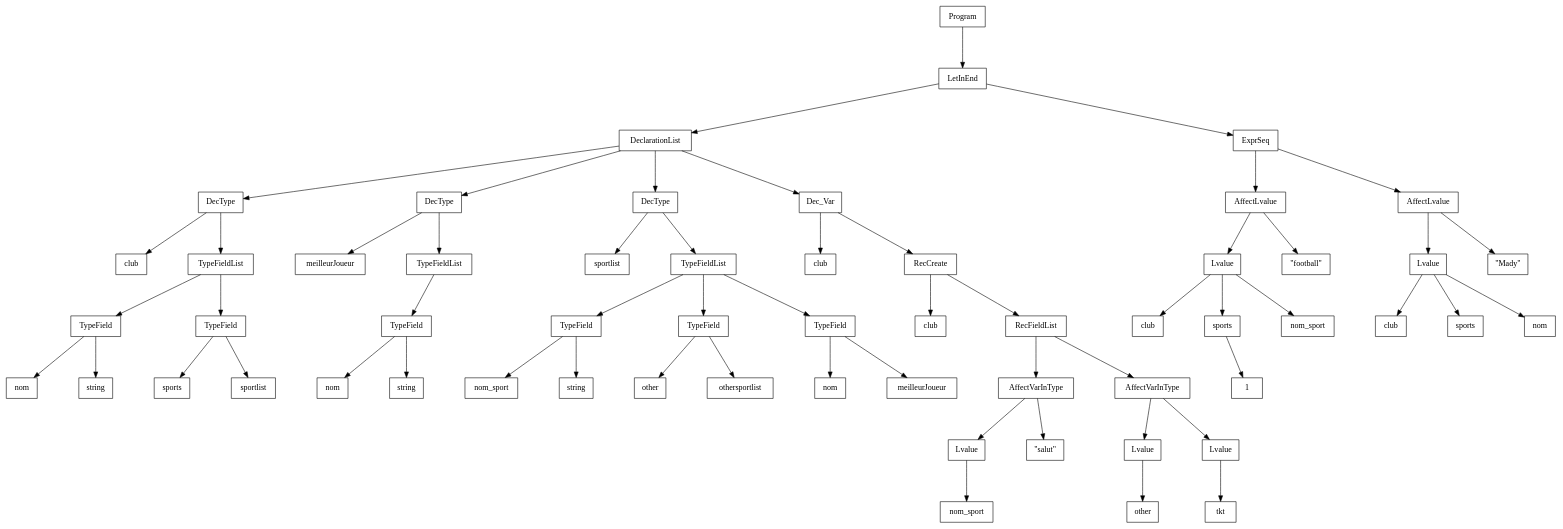
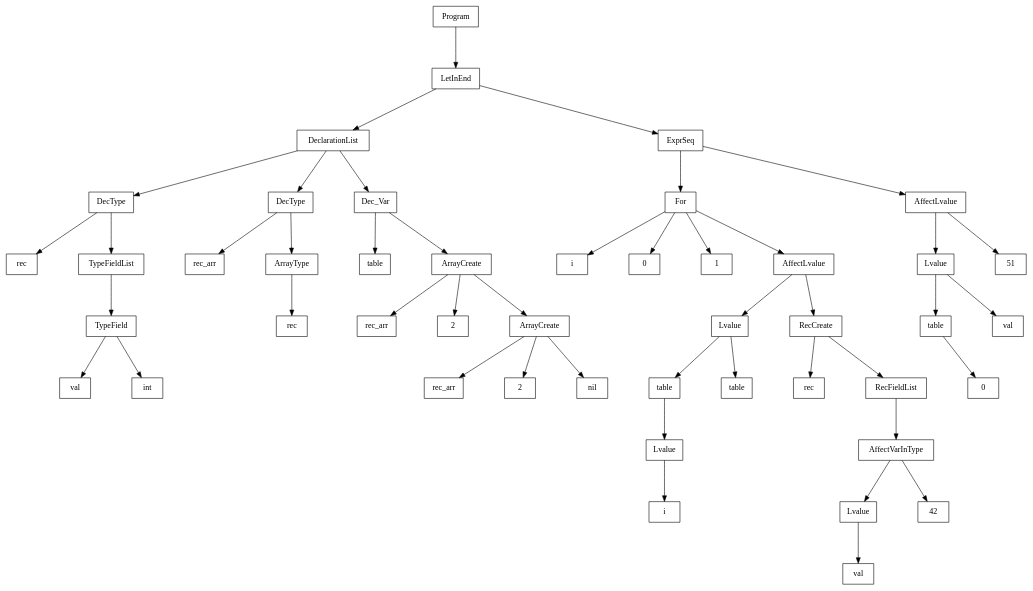
Before and after one commit to smarsou/compiler-syntax-semantic-analysis: the diagram in out/tree.dot, drawn with Graphviz. The commit also changed 3 other files, not shown here.

```diff
--- a/out/tree.dot
+++ b/out/tree.dot
@@ -1,122 +1,98 @@
 digraph "ast"{
 
 	nodesep=1;
 	ranksep=1;
 
 	N0 [label="Program", shape="box"];
 	N1 [label="LetInEnd", shape="box"];
 	N2 [label="DeclarationList", shape="box"];
 	N3 [label="DecType", shape="box"];
-	N4 [label="club", shape="box"];
+	N4 [label="rec", shape="box"];
 	N5 [label="TypeFieldList", shape="box"];
 	N6 [label="TypeField", shape="box"];
-	N7 [label="nom", shape="box"];
-	N8 [label="string", shape="box"];
-	N9 [label="TypeField", shape="box"];
-	N10 [label="sports", shape="box"];
-	N11 [label="sportlist", shape="box"];
-	N12 [label="DecType", shape="box"];
-	N13 [label="meilleurJoueur", shape="box"];
-	N14 [label="TypeFieldList", shape="box"];
-	N15 [label="TypeField", shape="box"];
-	N16 [label="nom", shape="box"];
-	N17 [label="string", shape="box"];
-	N18 [label="DecType", shape="box"];
-	N19 [label="sportlist", shape="box"];
-	N20 [label="TypeFieldList", shape="box"];
-	N21 [label="TypeField", shape="box"];
-	N22 [label="nom_sport", shape="box"];
-	N23 [label="string", shape="box"];
-	N24 [label="TypeField", shape="box"];
-	N25 [label="other", shape="box"];
-	N26 [label="othersportlist", shape="box"];
-	N27 [label="TypeField", shape="box"];
-	N28 [label="nom", shape="box"];
-	N29 [label="meilleurJoueur", shape="box"];
-	N30 [label="Dec_Var", shape="box"];
-	N31 [label="club", shape="box"];
-	N32 [label="RecCreate", shape="box"];
-	N33 [label="club", shape="box"];
-	N34 [label="RecFieldList", shape="box"];
-	N36 [label="Lvalue", shape="box"];
-	N37 [label="nom_sport", shape="box"];
-	N38 [label="\"salut\"", shape="box"];
-	N35 [label="AffectVarInType", shape="box"];
-	N40 [label="Lvalue", shape="box"];
-	N41 [label="other", shape="box"];
-	N42 [label="Lvalue", shape="box"];
-	N43 [label="tkt", shape="box"];
-	N39 [label="AffectVarInType", shape="box"];
-	N44 [label="ExprSeq", shape="box"];
-	N45 [label="AffectLvalue", shape="box"];
-	N46 [label="Lvalue", shape="box"];
-	N47 [label="club", shape="box"];
-	N48 [label="sports", shape="box"];
-	N49 [label="1", shape="box"];
-	N50 [label="nom_sport", shape="box"];
-	N51 [label="\"football\"", shape="box"];
-	N52 [label="AffectLvalue", shape="box"];
-	N53 [label="Lvalue", shape="box"];
-	N54 [label="club", shape="box"];
-	N55 [label="sports", shape="box"];
-	N56 [label="nom", shape="box"];
-	N57 [label="\"Mady\"", shape="box"];
+	N7 [label="val", shape="box"];
+	N8 [label="int", shape="box"];
+	N9 [label="DecType", shape="box"];
+	N10 [label="rec_arr", shape="box"];
+	N11 [label="ArrayType", shape="box"];
+	N12 [label="rec", shape="box"];
+	N13 [label="Dec_Var", shape="box"];
+	N14 [label="table", shape="box"];
+	N15 [label="ArrayCreate", shape="box"];
+	N16 [label="rec_arr", shape="box"];
+	N17 [label="2", shape="box"];
+	N18 [label="ArrayCreate", shape="box"];
+	N19 [label="rec_arr", shape="box"];
+	N20 [label="2", shape="box"];
+	N21 [label="nil", shape="box"];
+	N22 [label="ExprSeq", shape="box"];
+	N23 [label="For", shape="box"];
+	N24 [label="i", shape="box"];
+	N25 [label="0", shape="box"];
+	N26 [label="1", shape="box"];
+	N27 [label="AffectLvalue", shape="box"];
+	N28 [label="Lvalue", shape="box"];
+	N29 [label="table", shape="box"];
+	N30 [label="Lvalue", shape="box"];
+	N31 [label="i", shape="box"];
+	N32 [label="table", shape="box"];
+	N33 [label="RecCreate", shape="box"];
+	N34 [label="rec", shape="box"];
+	N35 [label="RecFieldList", shape="box"];
+	N37 [label="Lvalue", shape="box"];
+	N38 [label="val", shape="box"];
+	N39 [label="42", shape="box"];
+	N36 [label="AffectVarInType", shape="box"];
+	N40 [label="AffectLvalue", shape="box"];
+	N41 [label="Lvalue", shape="box"];
+	N42 [label="table", shape="box"];
+	N43 [label="0", shape="box"];
+	N44 [label="val", shape="box"];
+	N45 [label="51", shape="box"];
 
 	N6 -> N7; 
 	N6 -> N8; 
 	N5 -> N6; 
-	N9 -> N10; 
-	N9 -> N11; 
-	N5 -> N9; 
 	N3 -> N4; 
 	N3 -> N5; 
 	N2 -> N3; 
+	N11 -> N12; 
+	N9 -> N10; 
+	N9 -> N11; 
+	N2 -> N9; 
+	N18 -> N19; 
+	N18 -> N20; 
+	N18 -> N21; 
 	N15 -> N16; 
 	N15 -> N17; 
-	N14 -> N15; 
-	N12 -> N13; 
-	N12 -> N14; 
-	N2 -> N12; 
-	N21 -> N22; 
-	N21 -> N23; 
-	N20 -> N21; 
-	N24 -> N25; 
-	N24 -> N26; 
-	N20 -> N24; 
+	N15 -> N18; 
+	N13 -> N14; 
+	N13 -> N15; 
+	N2 -> N13; 
+	N1 -> N2; 
+	N23 -> N24; 
+	N23 -> N25; 
+	N23 -> N26; 
+	N30 -> N31; 
+	N29 -> N30; 
+	N28 -> N29; 
+	N28 -> N32; 
 	N27 -> N28; 
-	N27 -> N29; 
-	N20 -> N27; 
-	N18 -> N19; 
-	N18 -> N20; 
-	N2 -> N18; 
+	N37 -> N38; 
 	N36 -> N37; 
+	N36 -> N39; 
 	N35 -> N36; 
-	N35 -> N38; 
-	N34 -> N35; 
+	N33 -> N34; 
+	N33 -> N35; 
+	N27 -> N33; 
+	N23 -> N27; 
+	N22 -> N23; 
+	N42 -> N43; 
+	N41 -> N42; 
+	N41 -> N44; 
 	N40 -> N41; 
-	N42 -> N43; 
-	N39 -> N40; 
-	N39 -> N42; 
-	N34 -> N39; 
-	N32 -> N33; 
-	N32 -> N34; 
-	N30 -> N31; 
-	N30 -> N32; 
-	N2 -> N30; 
-	N1 -> N2; 
-	N46 -> N47; 
-	N48 -> N49; 
-	N46 -> N48; 
-	N46 -> N50; 
-	N45 -> N46; 
-	N45 -> N51; 
-	N44 -> N45; 
-	N53 -> N54; 
-	N53 -> N55; 
-	N53 -> N56; 
-	N52 -> N53; 
-	N52 -> N57; 
-	N44 -> N52; 
-	N1 -> N44; 
+	N40 -> N45; 
+	N22 -> N40; 
+	N1 -> N22; 
 	N0 -> N1; 
 }
```
